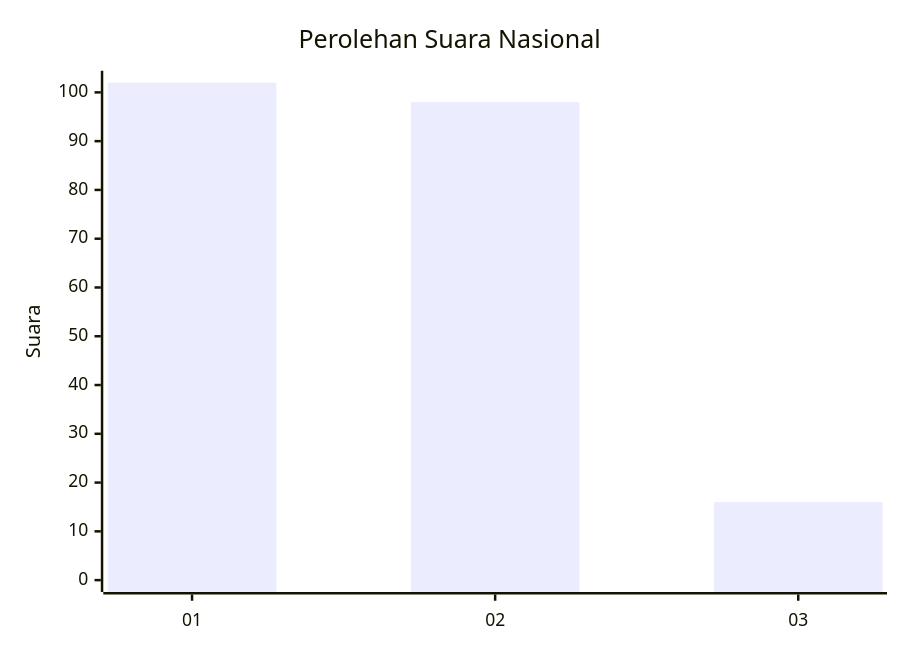
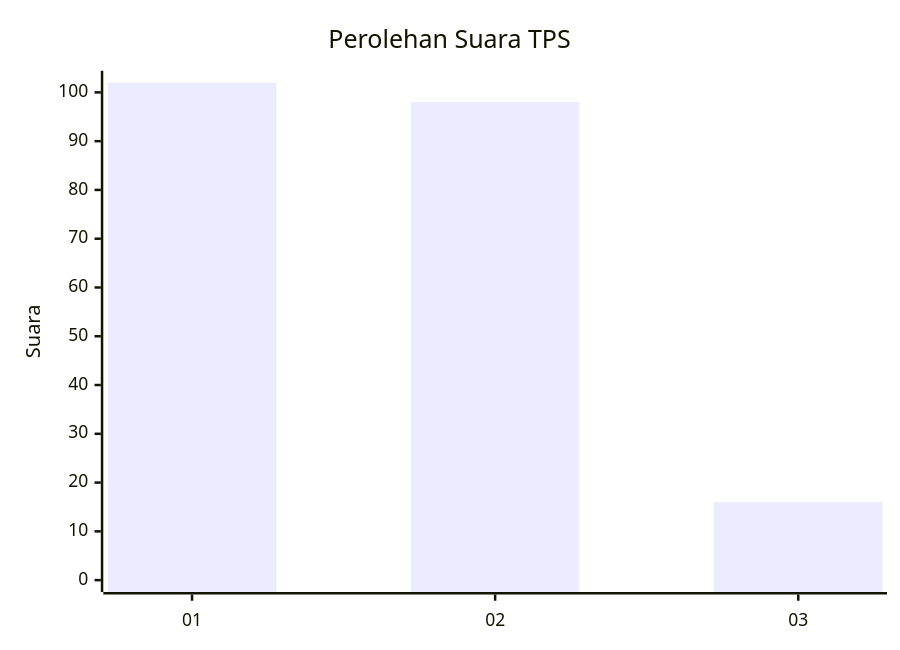
One commit to gigit-pemilu/pemilu-2024-72-sulawesi-tengah changed the first of 2 diagrams in pilpres/hitung-suara/sub/72-sulawesi-tengah/sub/71-kota-palu/sub/01-palu-timur/sub/1007-besusu-timur/sub/011-tps/README.md. Above: the diagram before and after it, drawn with Mermaid. The commit also changed other lines of this file and 6720 other files, not shown here.

````diff
--- a/pilpres/hitung-suara/sub/72-sulawesi-tengah/sub/71-kota-palu/sub/01-palu-timur/sub/1007-besusu-timur/sub/011-tps/README.md
+++ b/pilpres/hitung-suara/sub/72-sulawesi-tengah/sub/71-kota-palu/sub/01-palu-timur/sub/1007-besusu-timur/sub/011-tps/README.md
@@ -5,7 +5,7 @@
 ```mermaid
 xychart-beta
-    title "Perolehan Suara Nasional"
+    title "Perolehan Suara TPS"
     x-axis [01, 02, 03]
     y-axis "Suara" 0 --> 102
     bar [102, 98, 16]
 ```
````
